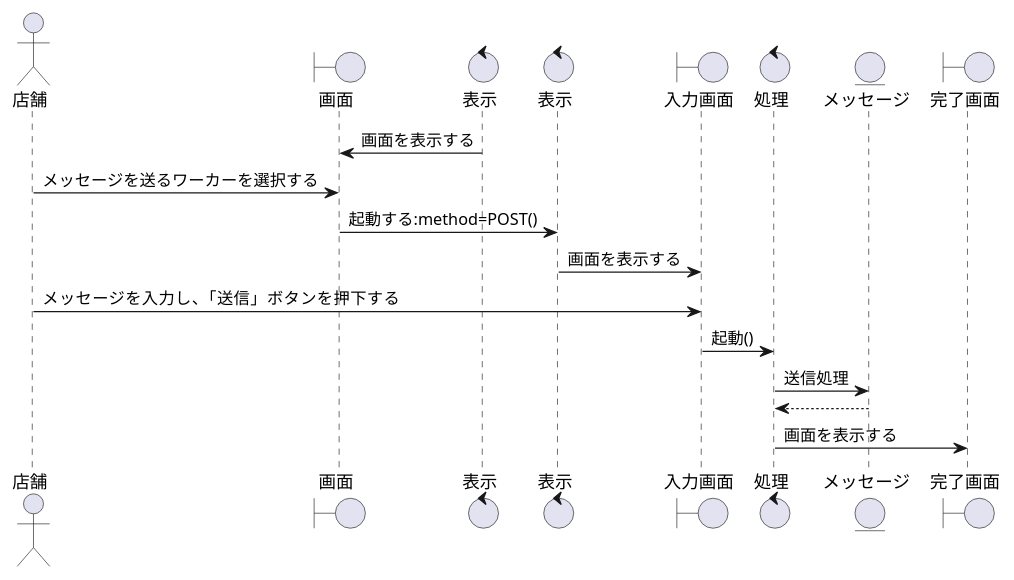
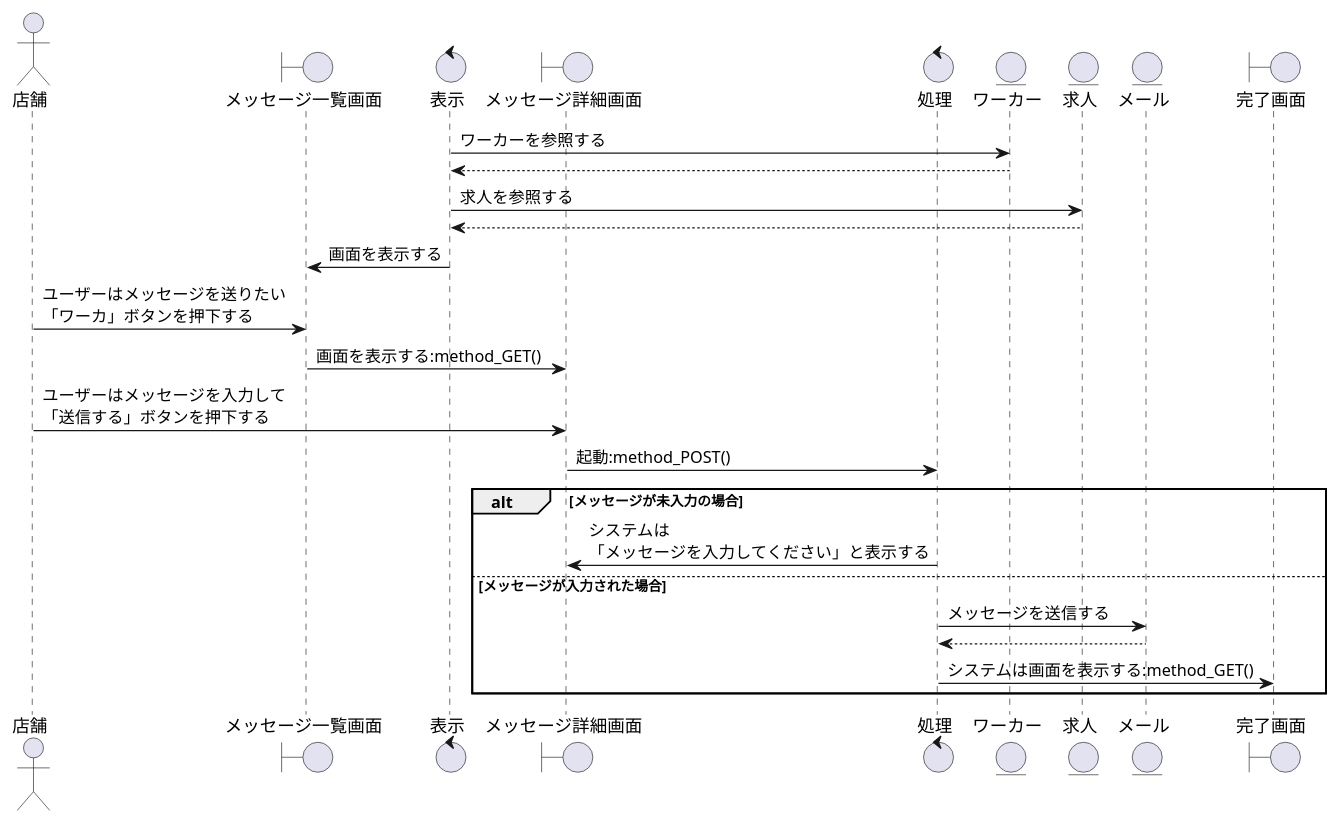
Before and after one commit to irukacb256/high_Me: the diagram in sequence_fig/8_storeside_fn/07_メッセージでやり取りする.pu, drawn with PlantUML. The commit also changed 5 other files, not shown here.

```diff
--- a/sequence_fig/8_storeside_fn/07_メッセージでやり取りする.pu
+++ b/sequence_fig/8_storeside_fn/07_メッセージでやり取りする.pu
@@ -1,23 +1,34 @@
 @startuml メッセージでやり取りする
 
 actor 店舗 as cp1
-boundary 画面 as b1
+boundary メッセージ一覧画面 as mlv1
 control 表示 as co1
-control 表示 as co2
-boundary 入力画面 as b2
-control 処理 as co3
-entity メッセージ as en1
-boundary 完了画面 as b3
+boundary メッセージ詳細画面 as mdv1
+control 処理 as co2
 
-b1 <- co1 :画面を表示する
-cp1 -> b1 :メッセージを送るワーカーを選択する
-b1 -> co2 :起動する:method=POST()
+entity ワーカー as wo1
+entity 求人 as jb1
+entity メール as ml1
+boundary 完了画面 as cmv1
 
-co2 -> b2 :画面を表示する
-cp1 -> b2 :メッセージを入力し、「送信」ボタンを押下する
-b2 -> co3 :起動()
-co3 -> en1 :送信処理
-co3 <-- en1 
-co3 -> b3 :画面を表示する
+co1 -> wo1 : ワーカーを参照する
+co1 <-- wo1
+co1 -> jb1 : 求人を参照する
+co1 <-- jb1
+co1 -> mlv1 : 画面を表示する
+cp1 -> mlv1 : ユーザーはメッセージを送りたい\n「ワーカ」ボタンを押下する
+mlv1 -> mdv1 : 画面を表示する:method_GET()
+cp1 -> mdv1 : ユーザーはメッセージを入力して\n「送信する」ボタンを押下する
+mdv1 -> co2 : 起動:method_POST()
+
+alt メッセージが未入力の場合
+    co2 -> mdv1 : システムは\n「メッセージを入力してください」と表示する
+
+else メッセージが入力された場合
+    co2 -> ml1 : メッセージを送信する
+    co2 <-- ml1
+    co2 -> cmv1 : システムは画面を表示する:method_GET()
+
+end
 
 @enduml
```
